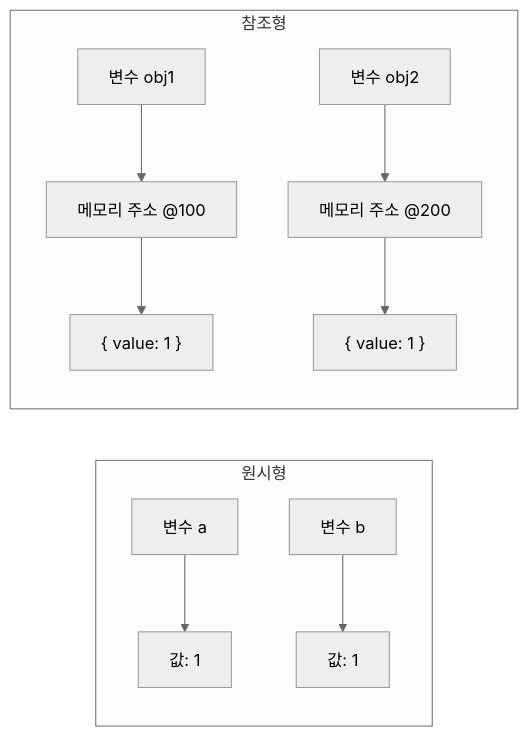
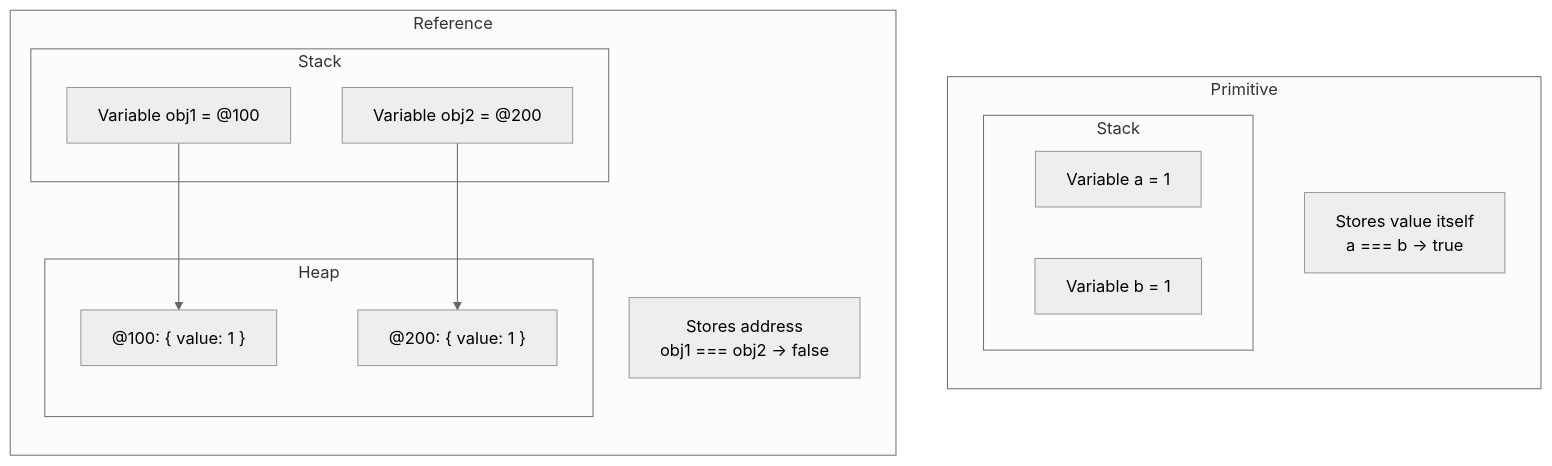
One commit to codefug/codefug.github.io changed the fourth of 15 diagrams in markdown/2026-01-18/en/content.mdx. Above: the diagram before and after it, drawn with Mermaid (neutral theme). The commit also changed other lines of this file, not shown here.

Commit message:
docs: 영어 버전 참조형 데이터 메모리 구조 설명 보충

````diff
--- a/markdown/2026-01-18/en/content.mdx
+++ b/markdown/2026-01-18/en/content.mdx
@@ -43,14 +129,27 @@
 ```mermaid
-flowchart LR
-    subgraph 원시형
-        A[변수 a] --> V1[값: 1]
-        B[변수 b] --> V2[값: 1]
+flowchart TB
+    subgraph Primitive["Primitive"]
+        direction TB
+        subgraph Stack1["Stack"]
+            A["Variable a = 1"]
+            B["Variable b = 1"]
+        end
+        Note1["Stores value itself<br/>a === b → true"]
     end
 
-    subgraph 참조형
-        C[변수 obj1] --> M1[메모리 주소 @100]
-        D[변수 obj2] --> M2[메모리 주소 @200]
-        M1 --> O1["{ value: 1 }"]
-        M2 --> O2["{ value: 1 }"]
+    subgraph Reference["Reference"]
+        direction TB
+        subgraph Stack2["Stack"]
+            C["Variable obj1 = @100"]
+            D["Variable obj2 = @200"]
+        end
+        subgraph Heap2["Heap"]
+            O1["@100: { value: 1 }"]
+            O2["@200: { value: 1 }"]
+        end
+        Note2["Stores address<br/>obj1 === obj2 → false"]
     end
+
+    C --> O1
+    D --> O2
 ```
````
